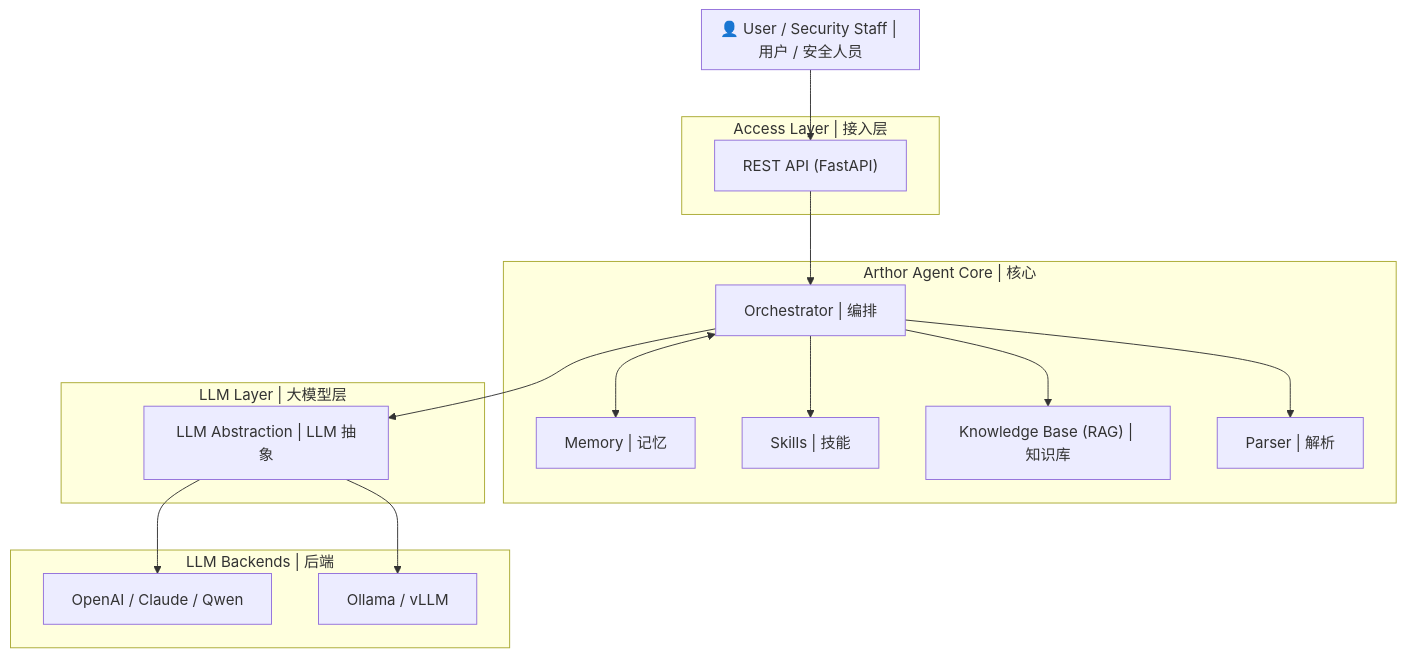
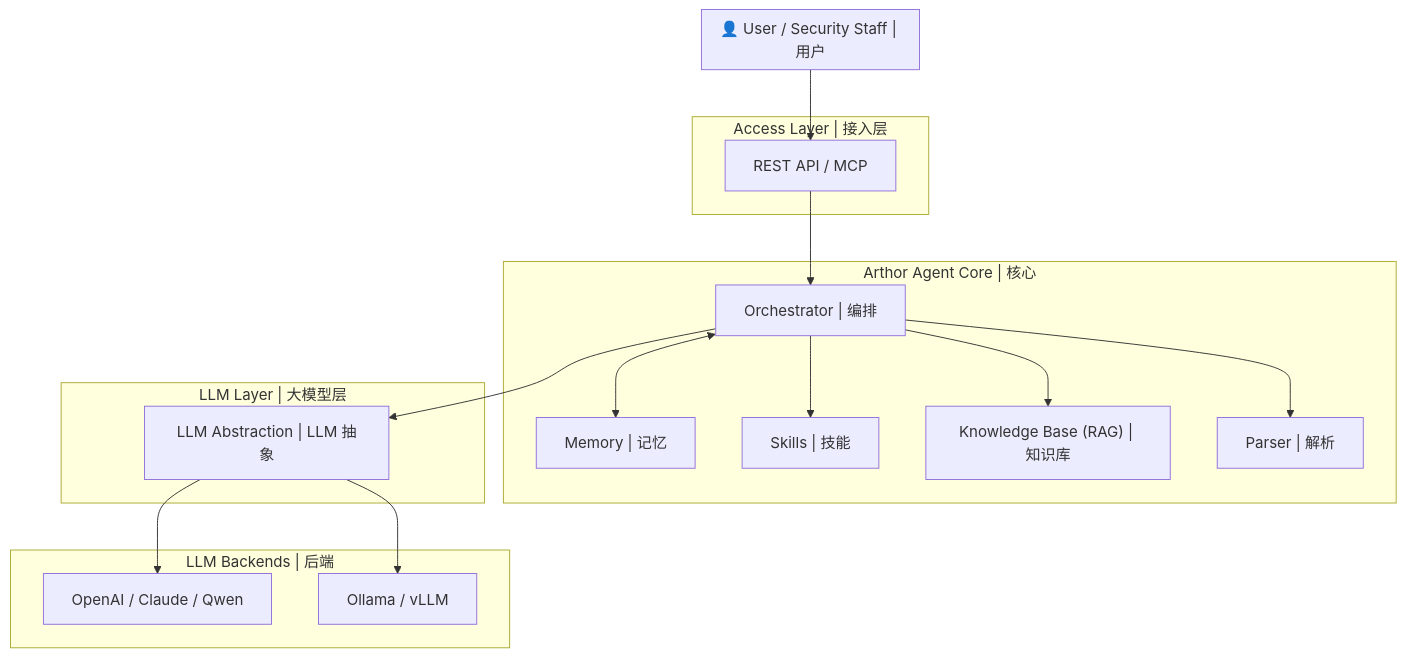
The diagram in README.md (ducwuyy/DocSentinel), drawn with Mermaid before and after one commit. The commit also changed other lines of this file, not shown here.

````diff
--- a/README.md
+++ b/README.md
@@ -91,32 +68,32 @@
 ```mermaid
 flowchart TB
-    subgraph User["👤 User / Security Staff | 用户 / 安全人员"]
+    subgraph User["👤 User / Security Staff | 用户"]
     end
     subgraph Access["Access Layer | 接入层"]
-        API["REST API (FastAPI)"]
+        API["REST API / MCP"]
     end
     subgraph Core["Arthor Agent Core | 核心"]
         Orch["Orchestrator | 编排"]
         Mem["Memory | 记忆"]
         Skill["Skills | 技能"]
         KB["Knowledge Base (RAG) | 知识库"]
         Parser["Parser | 解析"]
     end
     subgraph LLM["LLM Layer | 大模型层"]
         Abst["LLM Abstraction | LLM 抽象"]
     end
     subgraph Backends["LLM Backends | 后端"]
         Cloud["OpenAI / Claude / Qwen"]
         Local["Ollama / vLLM"]
     end
 
     User --> API
     API --> Orch
     Orch <--> Mem
     Orch --> Skill
     Orch --> KB
     Orch --> Parser
     Orch --> Abst
     Abst --> Cloud
     Abst --> Local
 ```
````
